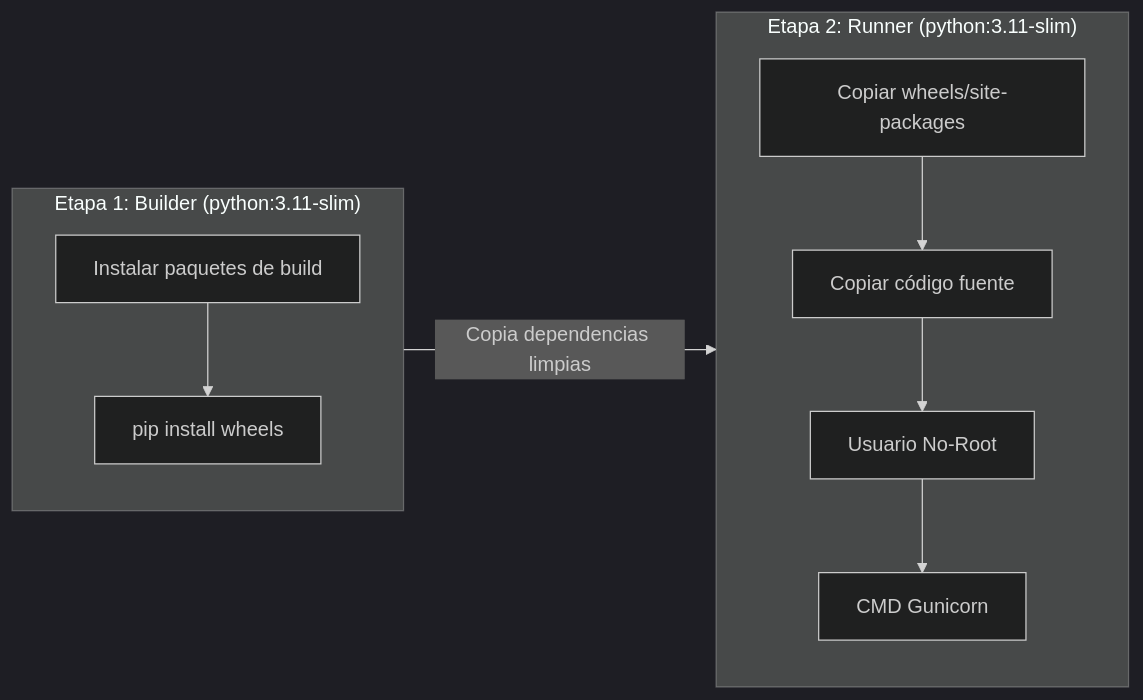
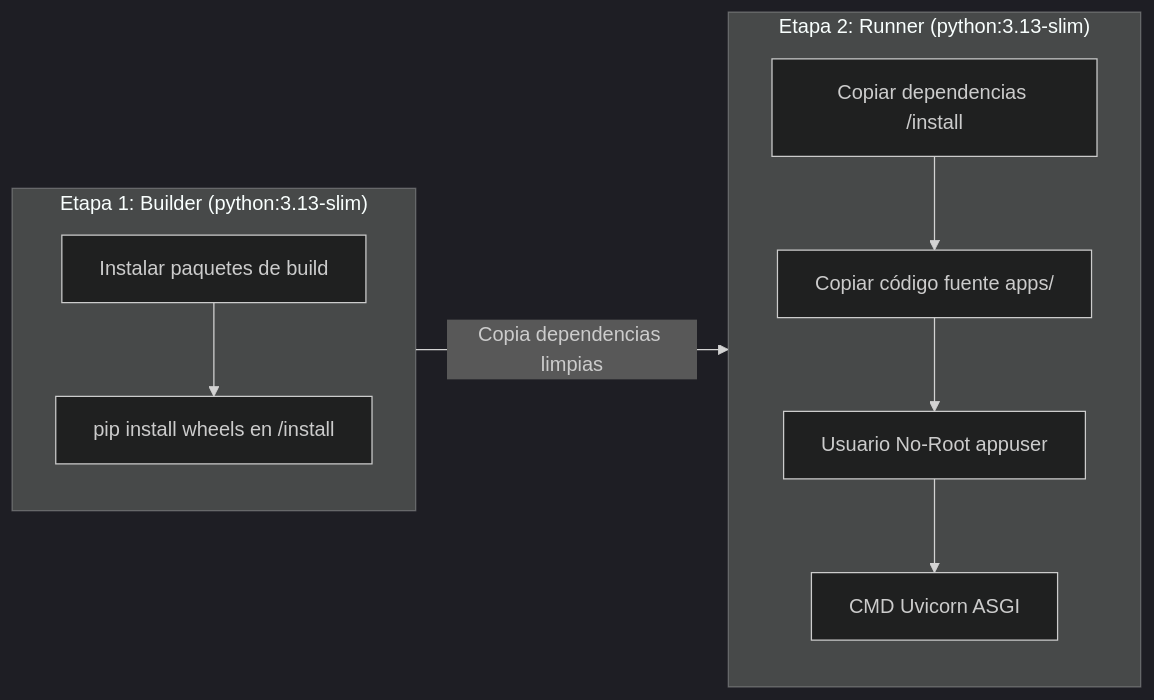
The diagram in docs/best-practices/MEJORES_PRACTICAS_DOCKERFILE.md (rocapellino/pokedex), drawn with Mermaid (dark theme) before and after one commit. The commit also changed other lines of this file and 5 other files, not shown here.

Commit message:
docs: sync documentation with actual codebase implementation (FastAPI, psycopg2, Uvicorn, schemas and monorepo structure)

````diff
--- a/docs/best-practices/MEJORES_PRACTICAS_DOCKERFILE.md
+++ b/docs/best-practices/MEJORES_PRACTICAS_DOCKERFILE.md
@@ -171,12 +167,12 @@
 ```mermaid
 flowchart LR
-    subgraph Stage1["Etapa 1: Builder (python:3.11-slim)"]
-        A[Instalar paquetes de build] --> B[pip install wheels]
+    subgraph Stage1["Etapa 1: Builder (python:3.13-slim)"]
+        A[Instalar paquetes de build] --> B[pip install wheels en /install]
     end
-    subgraph Stage2["Etapa 2: Runner (python:3.11-slim)"]
-        C[Copiar wheels/site-packages] --> D[Copiar código fuente]
-        D --> E[Usuario No-Root]
-        E --> F[CMD Gunicorn]
+    subgraph Stage2["Etapa 2: Runner (python:3.13-slim)"]
+        C[Copiar dependencias /install] --> D[Copiar código fuente apps/]
+        D --> E[Usuario No-Root appuser]
+        E --> F[CMD Uvicorn ASGI]
     end
     Stage1 -->|Copia dependencias limpias| Stage2
 ```
````
